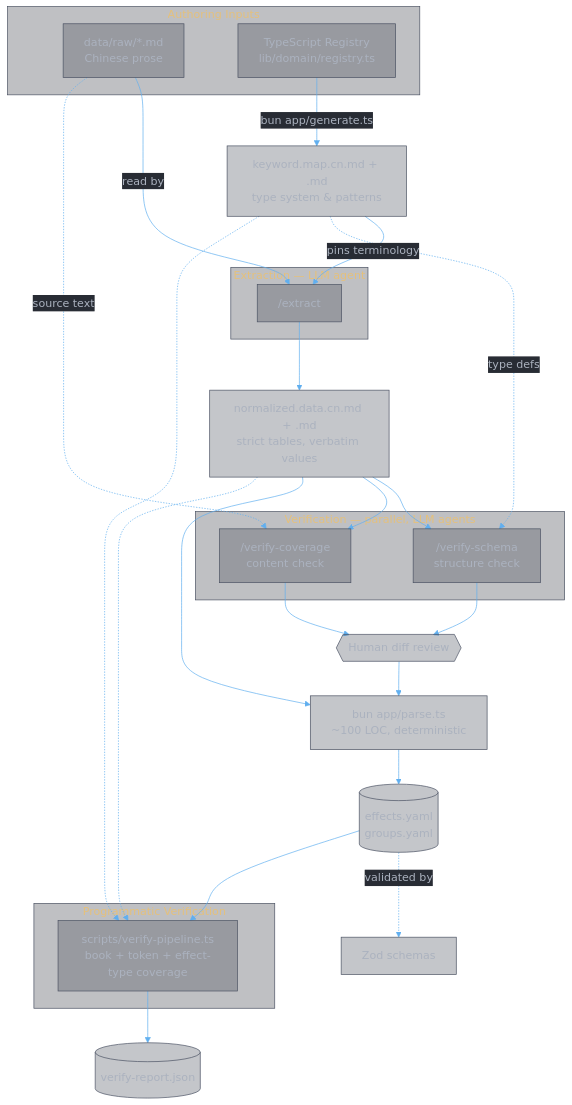
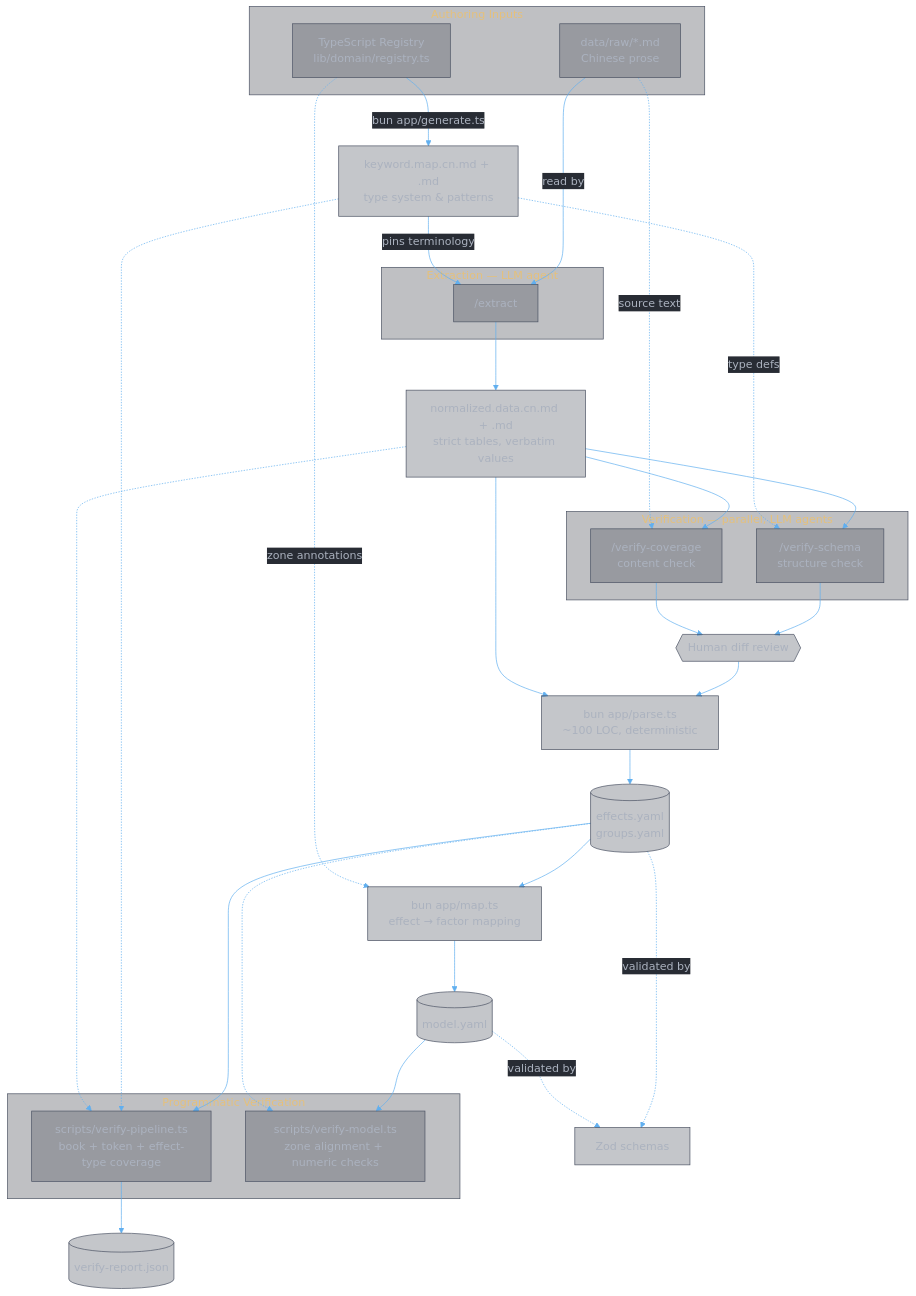
The first of 2 diagrams in docs/data/note.data.md (zhifengzhang-sz/divine-book), drawn with Mermaid before and after one commit. The commit also changed other lines of this file and 34 other files, not shown here.

````diff
--- a/docs/data/note.data.md
+++ b/docs/data/note.data.md
@@ -140,46 +140,54 @@
 ```mermaid
 %%{init: {'theme': 'base', 'themeVariables': {'primaryColor': '#3e44514D', 'primaryTextColor': '#abb2bf', 'primaryBorderColor': '#4b5263', 'lineColor': '#61afef', 'secondaryColor': '#2c313a4D', 'secondaryTextColor': '#abb2bf', 'secondaryBorderColor': '#4b5263', 'tertiaryColor': '#282c344D', 'mainBkg': '#3e44514D', 'nodeBorder': '#4b5263', 'clusterBkg': '#2c313a4D', 'clusterBorder': '#4b5263', 'titleColor': '#e5c07b', 'edgeLabelBackground': '#282c34', 'textColor': '#abb2bf', 'background': '#282c34'}}}%%
 flowchart TD
     subgraph AUTH ["Authoring Inputs"]
-        SRC["data/raw/*.md\nChinese prose"]
-        REG["TypeScript Registry\nlib/domain/registry.ts"]
+        SRC["data/raw/*.md<br>Chinese prose"]
+        REG["TypeScript Registry<br>lib/domain/registry.ts"]
     end
 
-    REG -->|"bun app/generate.ts"| KW["keyword.map.cn.md + .md\ntype system & patterns"]
+    REG -->|"bun app/generate.ts"| KW["keyword.map.cn.md + .md<br>type system &amp; patterns"]
 
     subgraph EXTRACT ["Extraction — LLM agent"]
         EXT["/extract"]
     end
 
     SRC -->|"read by"| EXT
     KW -->|"pins terminology"| EXT
-    EXT --> ND["normalized.data.cn.md + .md\nstrict tables, verbatim values"]
+    EXT --> ND["normalized.data.cn.md + .md<br>strict tables, verbatim values"]
 
     subgraph VERIFY ["Verification — parallel, LLM agents"]
-        VS["/verify-schema\nstructure check"]
-        VC["/verify-coverage\ncontent check"]
+        VS["/verify-schema<br>structure check"]
+        VC["/verify-coverage<br>content check"]
     end
 
     ND --> VS
     ND --> VC
     KW -.->|"type defs"| VS
     SRC -.->|"source text"| VC
 
     VS --> GATE{{"Human diff review"}}
     VC --> GATE
 
-    GATE --> PARSE["bun app/parse.ts\n~100 LOC, deterministic"]
+    GATE --> PARSE["bun app/parse.ts<br>~100 LOC, deterministic"]
     ND --> PARSE
 
-    PARSE --> YAML[("effects.yaml\ngroups.yaml")]
+    PARSE --> YAML[("effects.yaml<br>groups.yaml")]
     YAML -.->|"validated by"| ZOD["Zod schemas"]
 
+    YAML --> MAP["bun app/map.ts<br>effect → factor mapping"]
+    REG -.->|"zone annotations"| MAP
+    MAP --> MODEL[("model.yaml")]
+    MODEL -.->|"validated by"| ZOD
+
     subgraph PROG ["Programmatic Verification"]
-        VP["scripts/verify-pipeline.ts\nbook + token + effect-type coverage"]
+        VP["scripts/verify-pipeline.ts<br>book + token + effect-type coverage"]
+        VM["scripts/verify-model.ts<br>zone alignment + numeric checks"]
     end
 
     YAML --> VP
     KW -.-> VP
     ND -.-> VP
     VP --> RPT[("verify-report.json")]
+    MODEL --> VM
+    YAML -.-> VM
 ```
````
